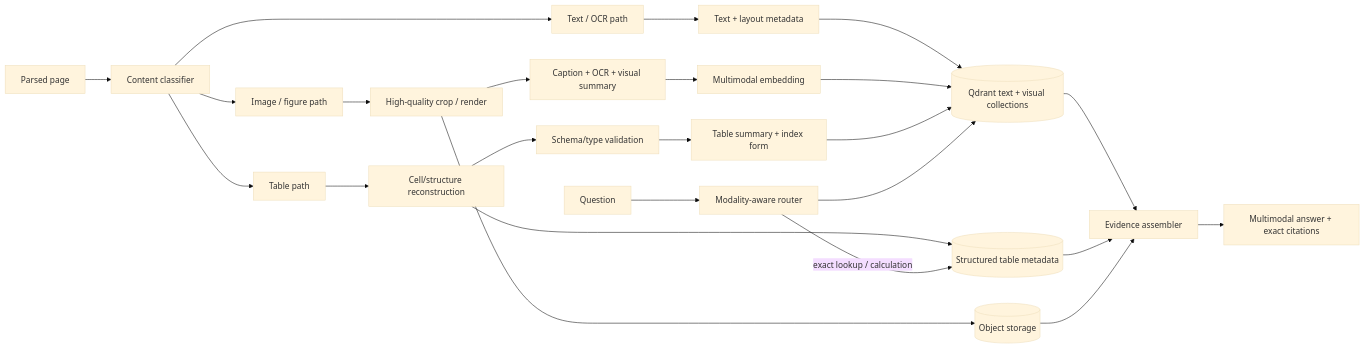
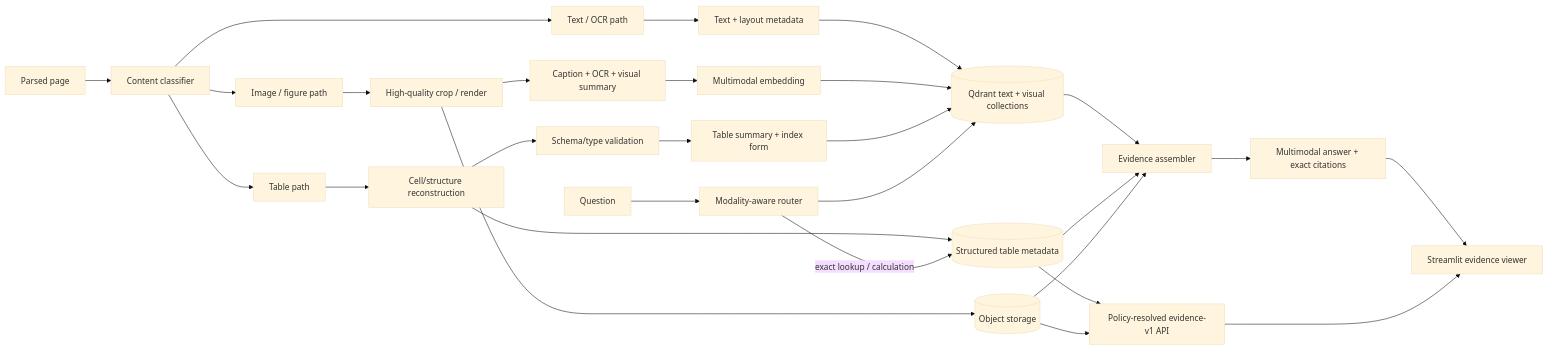
Before and after one commit to mvyas412/ai-projects: the eighth of 11 diagrams in mm-rag-full-stack-genai-bootcamp-3.0/docs/architecture/ARCHITECTURE.md, drawn with Mermaid (base theme). The commit also changed other lines of this file and 10 other files, not shown here.

````diff
--- a/mm-rag-full-stack-genai-bootcamp-3.0/docs/architecture/ARCHITECTURE.md
+++ b/mm-rag-full-stack-genai-bootcamp-3.0/docs/architecture/ARCHITECTURE.md
@@ -464,26 +464,30 @@
 ```mermaid
 flowchart LR
     page["Parsed page"] --> classify["Content classifier"]
     classify --> text["Text / OCR path"]
     classify --> image["Image / figure path"]
     classify --> table["Table path"]
     text --> chunks["Text + layout metadata"]
     image --> crop["High-quality crop / render"]
     crop --> vision["Caption + OCR + visual summary"]
     vision --> ivec["Multimodal embedding"]
     table --> structure["Cell/structure reconstruction"]
     structure --> validate["Schema/type validation"]
     validate --> tsummary["Table summary + index form"]
     chunks --> qdrant[("Qdrant text + visual collections")]
     ivec --> qdrant
     tsummary --> qdrant
     crop --> objects[("Object storage")]
     structure --> pg[("Structured table metadata")]
     query["Question"] --> route["Modality-aware router"]
     route --> qdrant
     route -->|"exact lookup / calculation"| pg
     qdrant --> evidence["Evidence assembler"]
     pg --> evidence
     objects --> evidence
     evidence --> answer["Multimodal answer + exact citations"]
+    answer --> viewer["Streamlit evidence viewer"]
+    pg --> evidenceApi["Policy-resolved evidence-v1 API"]
+    objects --> evidenceApi
+    evidenceApi --> viewer
 ```
````
